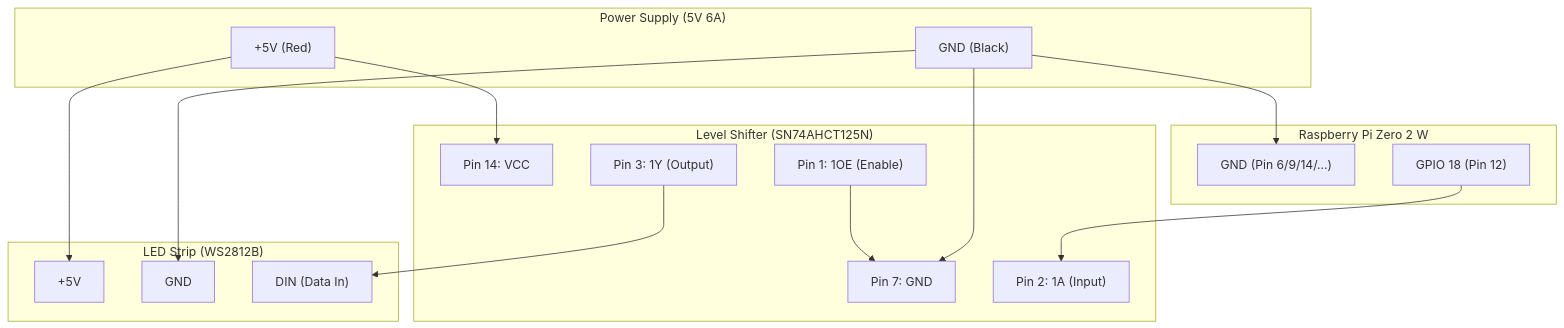
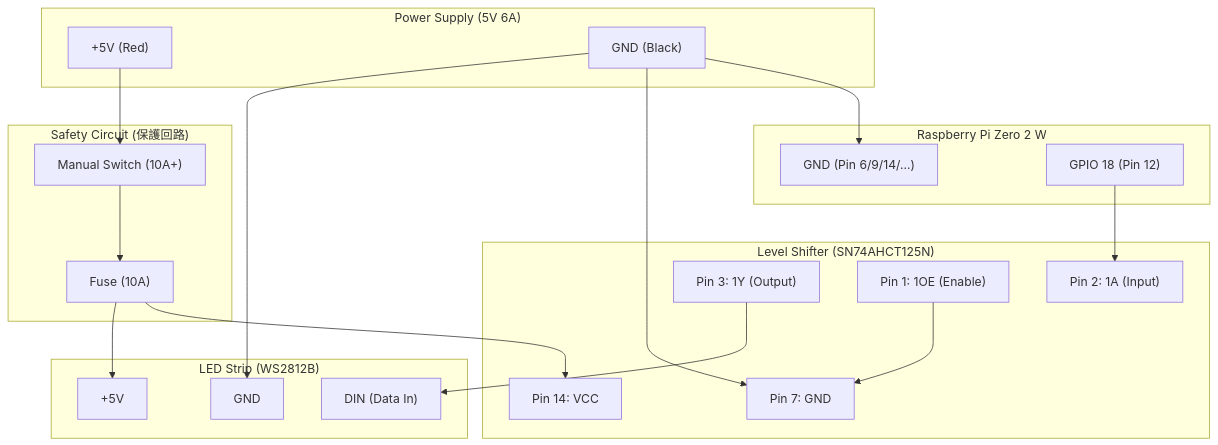
Before and after one commit to mono0926/electronics: the first of 2 diagrams in piano-led-visualizer/hardware/wiring.md, drawn with Mermaid. The commit also changed 2 other files, not shown here.

Commit message:
hardware: add manual switch requirement to BOM and wiring diagrams

````diff
--- a/piano-led-visualizer/hardware/wiring.md
+++ b/piano-led-visualizer/hardware/wiring.md
@@ -19,38 +19,44 @@
 ```mermaid
 graph TD
     subgraph "Power Supply (5V 6A)"
         PSU_P["+5V (Red)"]
         PSU_N["GND (Black)"]
     end
 
     subgraph "Raspberry Pi Zero 2 W"
         RPi_GND["GND (Pin 6/9/14/...)"]
         RPi_18["GPIO 18 (Pin 12)"]
     end
 
     subgraph "Level Shifter (SN74AHCT125N)"
         LS_VCC["Pin 14: VCC"]
         LS_GND["Pin 7: GND"]
         LS_1A["Pin 2: 1A (Input)"]
         LS_1Y["Pin 3: 1Y (Output)"]
         LS_1OE["Pin 1: 1OE (Enable)"]
     end
 
     subgraph "LED Strip (WS2812B)"
         LED_VCC["+5V"]
         LED_GND["GND"]
         LED_DIN["DIN (Data In)"]
     end
 
+    subgraph Safety["Safety Circuit (保護回路)"]
+        Switch["Manual Switch (10A+)"]
+        Fuse["Fuse (10A)"]
+    end
+
     %% Connections
-    PSU_P --> LED_VCC
-    PSU_P --> LS_VCC
+    PSU_P --> Switch --> Fuse
+    Fuse --> LED_VCC
+    Fuse --> LS_VCC
 
     PSU_N --> LED_GND
     PSU_N --> LS_GND
     PSU_N --> RPi_GND
 
     RPi_18 --> LS_1A
     LS_1Y --> LED_DIN
     LS_1OE --> LS_GND
 ```
````
